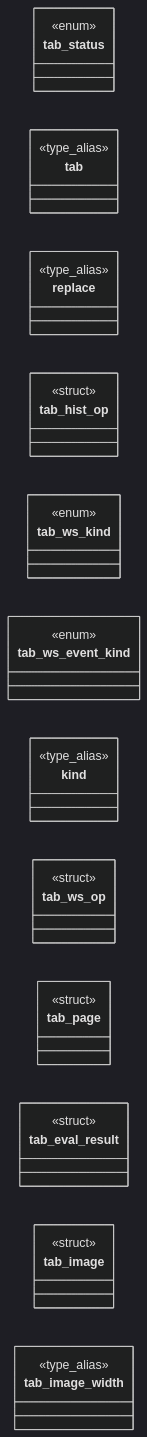
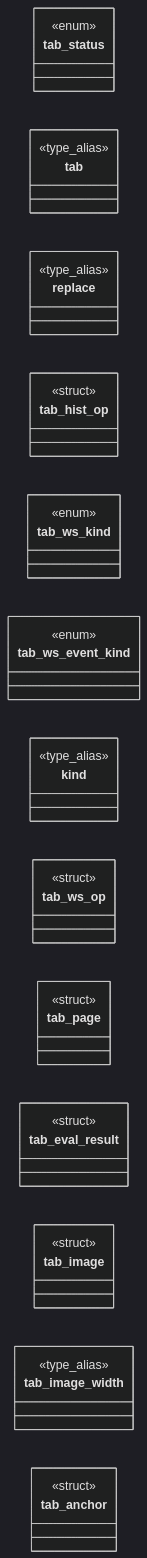
One commit to grisuno/FreeDom changed the diagram in readmenator-apidocs/modules/include.tab.h.md. Above: the diagram before and after it, drawn with Mermaid (dark theme). The commit also changed other lines of this file and 423 other files, not shown here.

````diff
--- a/readmenator-apidocs/modules/include.tab.h.md
+++ b/readmenator-apidocs/modules/include.tab.h.md
@@ -15,28 +15,32 @@
 ```mermaid
 classDiagram
     direction LR
     class tab_status
     <<enum>> tab_status
     class tab
     <<type_alias>> tab
     class replace
     <<type_alias>> replace
     class tab_hist_op
     <<struct>> tab_hist_op
     class tab_ws_kind
     <<enum>> tab_ws_kind
     class tab_ws_event_kind
     <<enum>> tab_ws_event_kind
     class kind
     <<type_alias>> kind
     class tab_ws_op
     <<struct>> tab_ws_op
     class tab_page
     <<struct>> tab_page
     class tab_eval_result
     <<struct>> tab_eval_result
     class tab_image
     <<struct>> tab_image
     class tab_image_width
     <<type_alias>> tab_image_width
+    class kind
+    <<type_alias>> kind
+    class tab_anchor
+    <<struct>> tab_anchor
 ```
````
